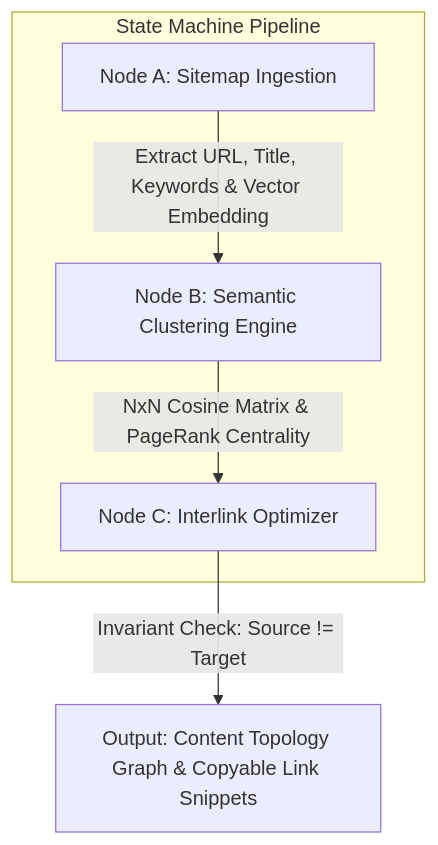
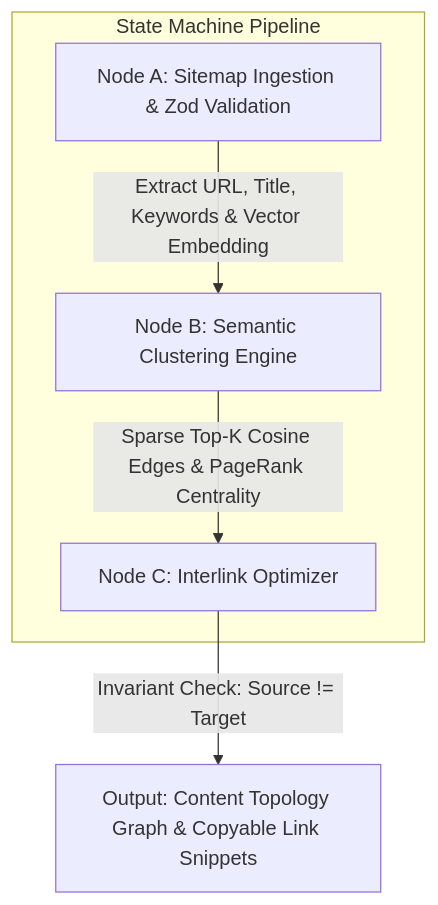
The diagram in README.md (bscodes/seo-content-graph-agent), drawn with Mermaid before and after one commit. The commit also changed other lines of this file and 8 other files, not shown here.

Commit message:
refactor: introduce sparse clustering, zod schema validation, and optimize canvas render loop

````diff
--- a/README.md
+++ b/README.md
@@ -23,12 +23,12 @@
 ```mermaid
 graph TD
-    A[Node A: Sitemap Ingestion] -->|Extract URL, Title, Keywords & Vector Embedding| B[Node B: Semantic Clustering Engine]
-    B -->|NxN Cosine Matrix & PageRank Centrality| C[Node C: Interlink Optimizer]
+    A[Node A: Sitemap Ingestion & Zod Validation] -->|Extract URL, Title, Keywords & Vector Embedding| B[Node B: Semantic Clustering Engine]
+    B -->|Sparse Top-K Cosine Edges & PageRank Centrality| C[Node C: Interlink Optimizer]
     C -->|Invariant Check: Source != Target| D[Output: Content Topology Graph & Copyable Link Snippets]
 
     subgraph "State Machine Pipeline"
     A
     B
     C
     end
 ```
````
